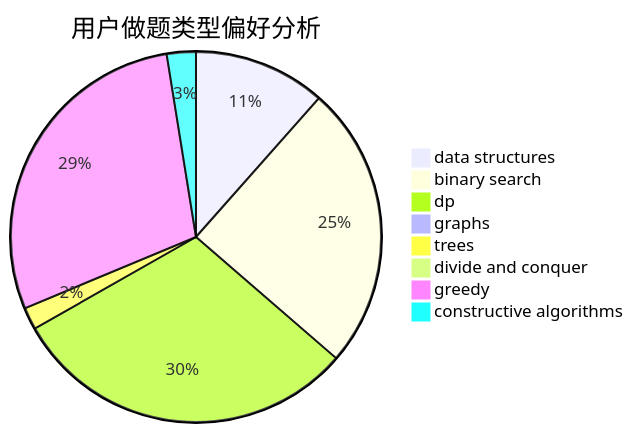
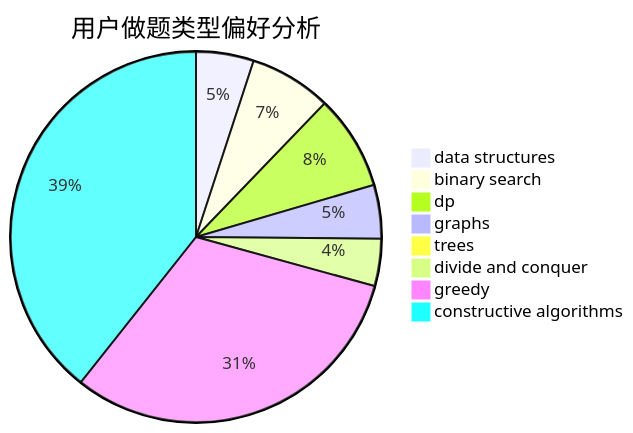
Before and after one commit to sherpahu/cfrs.github.io: the second of 3 diagrams in docs/user/u1051.md, drawn with Mermaid. The commit also changed other lines of this file and 2770 other files, not shown here.

````diff
--- a/docs/user/u1051.md
+++ b/docs/user/u1051.md
@@ -23,11 +23,11 @@
 ```mermaid
 pie title 用户做题类型偏好分析
-    "data structures" :  232
-    "binary search" :  499
-    "dp" :  612
-    "graphs" :  7
-    "trees" :  39
-    "divide and conquer" :  0
-    "greedy" :  578
-    "constructive algorithms" :  51
+    "data structures" :  132
+    "binary search" :  188
+    "dp" :  217
+    "graphs" :  123
+    "trees" :  7
+    "divide and conquer" :  108
+    "greedy" :  824
+    "constructive algorithms" :  1032
 ```
````
